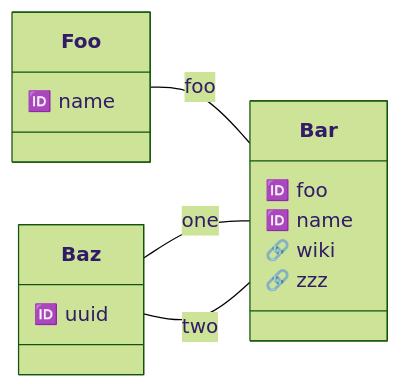
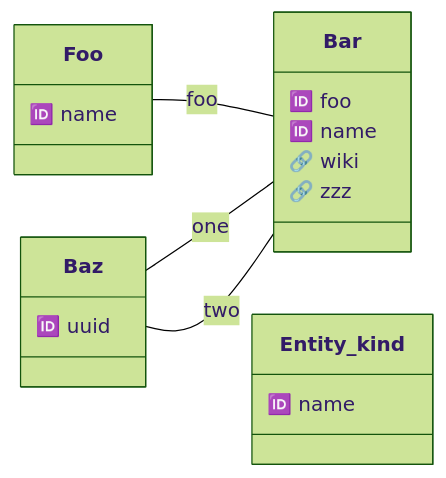
The diagram in core/impl/src/test/resources/demo-model-docgen.md (enola-dev/enola), drawn with Mermaid (forest theme) before and after one commit. The commit also changed other lines of this file and 18 other files, not shown here.

Commit message:
feat (core): EntityKind's 🕵🏾‍♀️ EntityKind - it's like 🎥 INCEPTION! ;-)

````diff
--- a/core/impl/src/test/resources/demo-model-docgen.md
+++ b/core/impl/src/test/resources/demo-model-docgen.md
@@ -3,22 +3,26 @@
 ``` mermaid
 classDiagram
   direction RL
   class Bar{
     🆔 foo
     🆔 name
     🔗 wiki
     🔗 zzz
   }
   link Bar "#demo.bar"
   Bar -- Foo : foo
   Bar -- Baz : one
   Bar -- Baz : two
   class Baz{
     🆔 uuid
   }
   link Baz "#demo.baz"
   class Foo{
     🆔 name
   }
   link Foo "#demo.foo"
+  class Entity_kind{
+    🆔 name
+  }
+  link Entity_kind "#enola.entity_kind"
 ```
````
